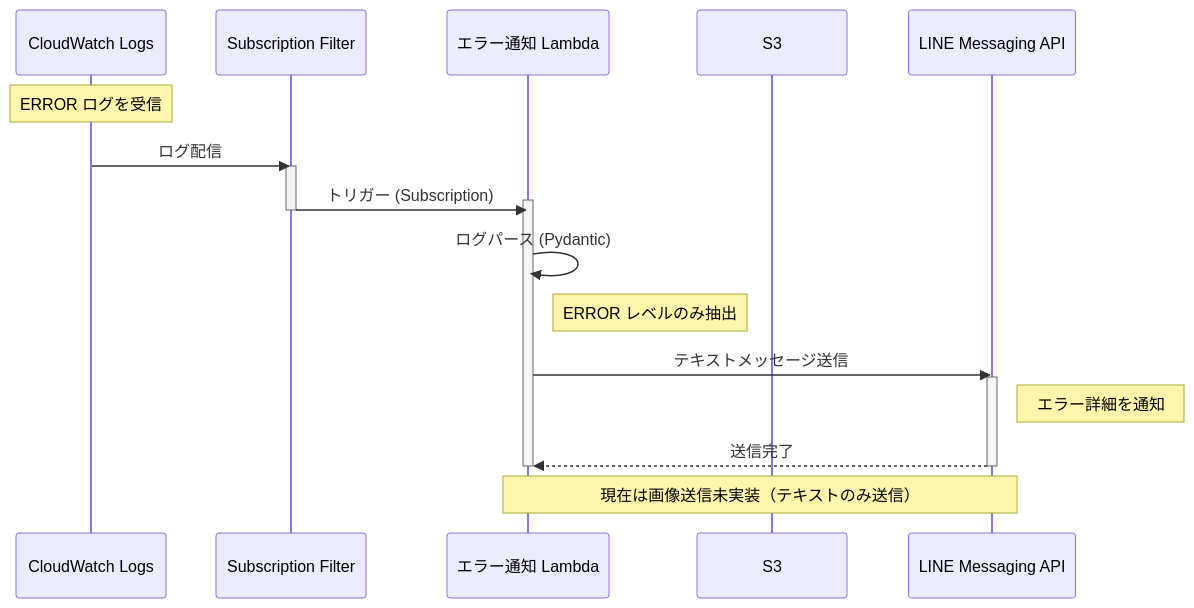
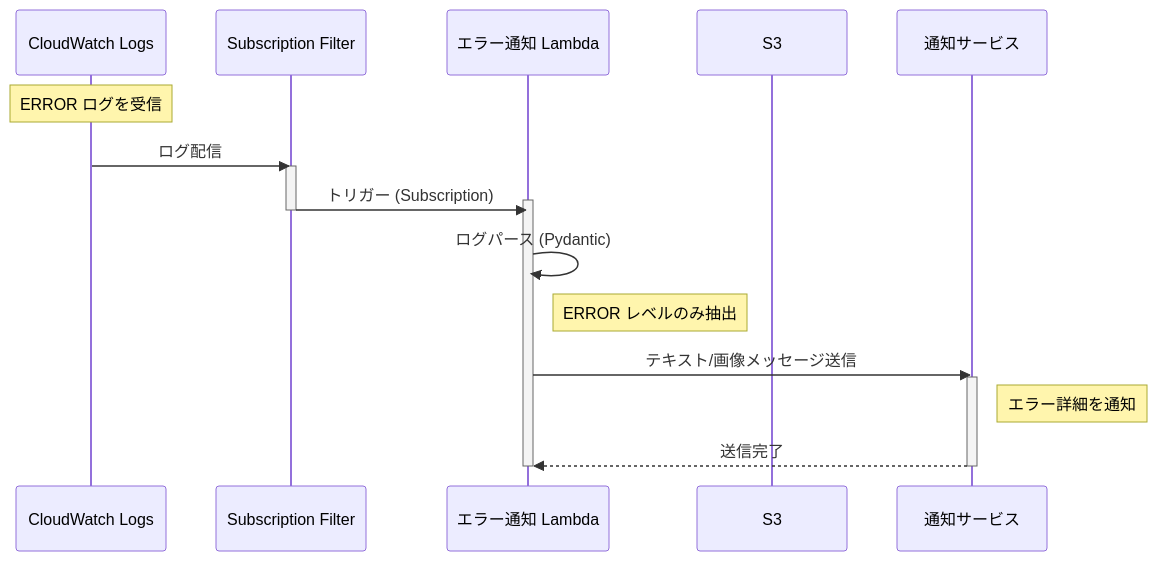
The diagram in lambda/error-notification/README.md (kamaD-y/dcp-ops-monitor), drawn with Mermaid before and after one commit. The commit also changed other lines of this file and 2 other files, not shown here.

Commit message:
docs: READMEから特定の技術要素を削除

````diff
--- a/lambda/error-notification/README.md
+++ b/lambda/error-notification/README.md
@@ -17,29 +16,27 @@
 ```mermaid
 sequenceDiagram
     participant CWL as CloudWatch Logs
     participant Filter as Subscription Filter
     participant ErrorLambda as エラー通知 Lambda
     participant S3 as S3
-    participant LINE as LINE Messaging API
+    participant Notify as 通知サービス
 
     Note over CWL: ERROR ログを受信
 
     CWL->>Filter: ログ配信
     activate Filter
 
     Filter->>ErrorLambda: トリガー (Subscription)
     activate ErrorLambda
     deactivate Filter
 
     ErrorLambda->>ErrorLambda: ログパース (Pydantic)
     Note right of ErrorLambda: ERROR レベルのみ抽出
 
-    ErrorLambda->>LINE: テキストメッセージ送信
-    activate LINE
-    Note right of LINE: エラー詳細を通知
-    LINE-->>ErrorLambda: 送信完了
-    deactivate LINE
+    ErrorLambda->>Notify: テキスト/画像メッセージ送信
+    activate Notify
+    Note right of Notify: エラー詳細を通知
+    Notify-->>ErrorLambda: 送信完了
+    deactivate Notify
     deactivate ErrorLambda
-
-    Note over ErrorLambda,LINE: 現在は画像送信未実装（テキストのみ送信）
 ```
````
